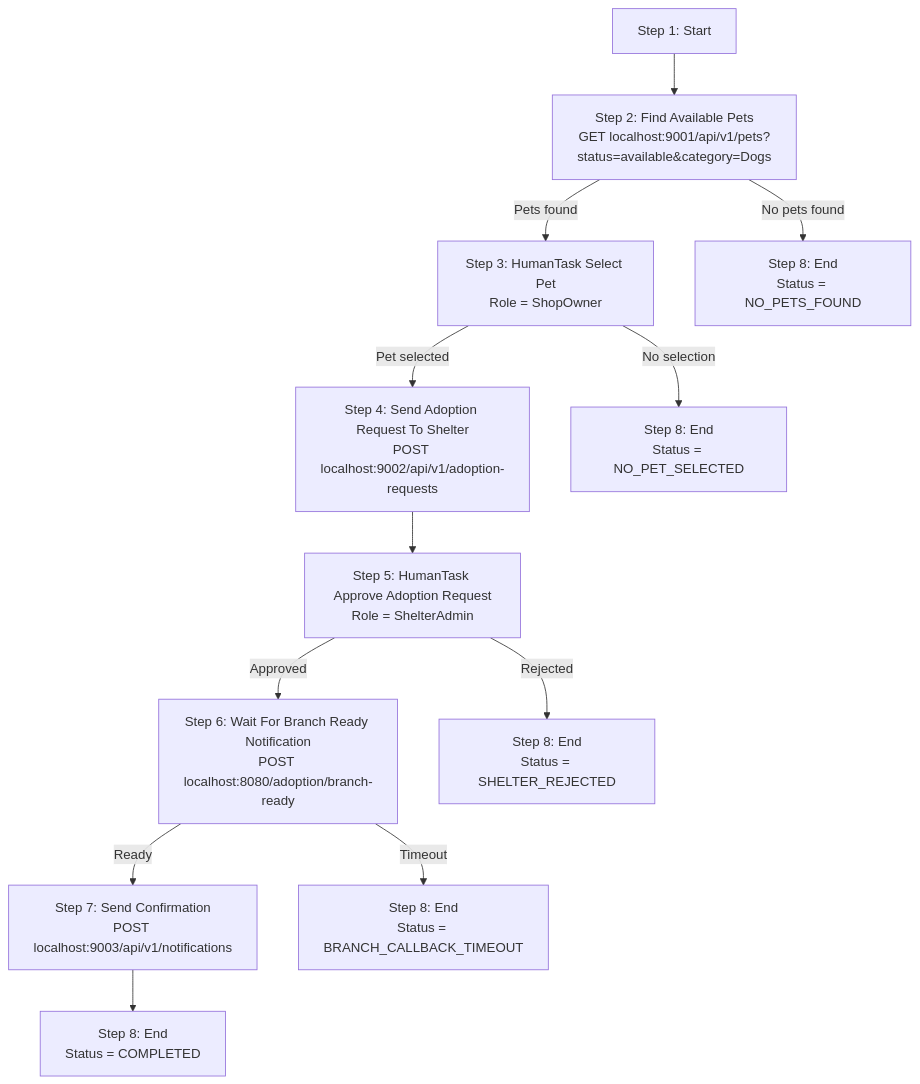
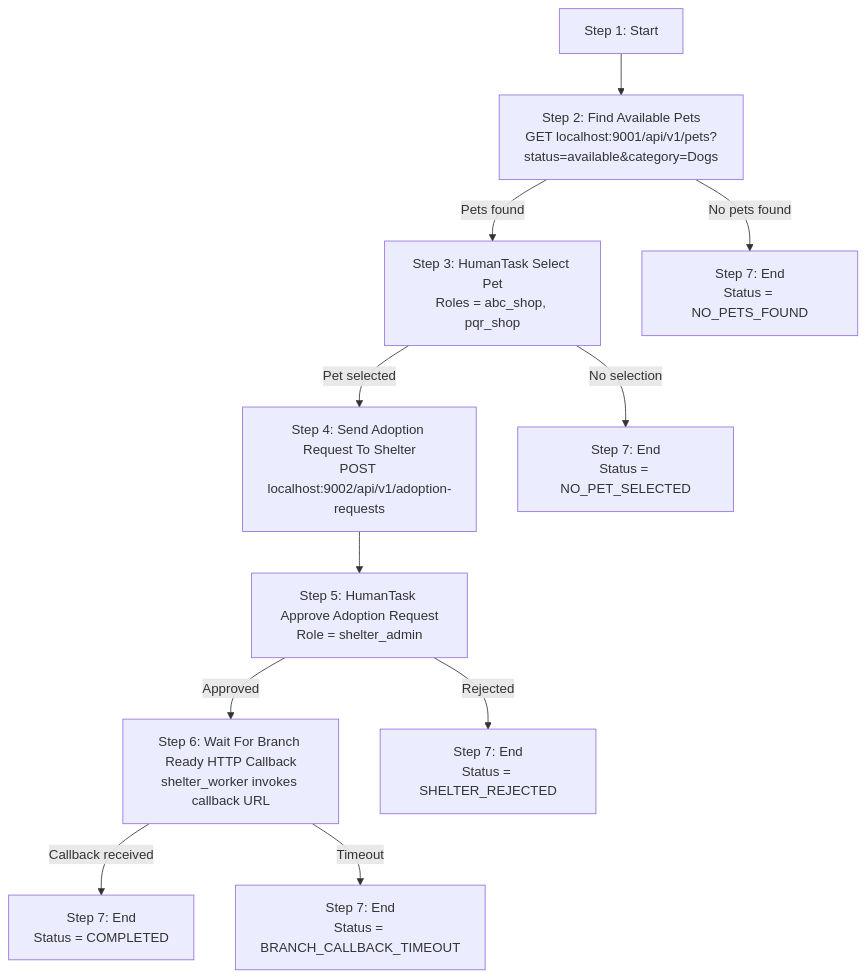
The diagram in README.md (hasithaa/workflow-adopt-pet), drawn with Mermaid before and after one commit. The commit also changed other lines of this file and 27 other files, not shown here.

````diff
--- a/README.md
+++ b/README.md
@@ -25,18 +32,16 @@
 ```mermaid
 flowchart TD
   S[Step 1: Start] --> A[Step 2: Find Available Pets<br/>GET localhost:9001/api/v1/pets?status=available&category=Dogs]
-  A -->|Pets found| B[Step 3: HumanTask Select Pet<br/>Role = ShopOwner]
-  A -->|No pets found| Z1[Step 8: End<br/>Status = NO_PETS_FOUND]
+  A -->|Pets found| B[Step 3: HumanTask Select Pet<br/>Roles = abc_shop, pqr_shop]
+  A -->|No pets found| Z1[Step 7: End<br/>Status = NO_PETS_FOUND]
 
   B -->|Pet selected| C[Step 4: Send Adoption Request To Shelter<br/>POST localhost:9002/api/v1/adoption-requests]
-  B -->|No selection| Z2[Step 8: End<br/>Status = NO_PET_SELECTED]
+  B -->|No selection| Z2[Step 7: End<br/>Status = NO_PET_SELECTED]
 
-  C --> D[Step 5: HumanTask Approve Adoption Request<br/>Role = ShelterAdmin]
-  D -->|Approved| E[Step 6: Wait For Branch Ready Notification<br/>POST localhost:8080/adoption/branch-ready]
-  D -->|Rejected| Z3[Step 8: End<br/>Status = SHELTER_REJECTED]
+  C --> D[Step 5: HumanTask Approve Adoption Request<br/>Role = shelter_admin]
+  D -->|Approved| E[Step 6: Wait For Branch Ready HTTP Callback<br/>shelter_worker invokes callback URL]
+  D -->|Rejected| Z3[Step 7: End<br/>Status = SHELTER_REJECTED]
 
-  E -->|Ready| F[Step 7: Send Confirmation<br/>POST localhost:9003/api/v1/notifications]
-  E -->|Timeout| Z4[Step 8: End<br/>Status = BRANCH_CALLBACK_TIMEOUT]
-
-  F --> G[Step 8: End<br/>Status = COMPLETED]
+  E -->|Callback received| G[Step 7: End<br/>Status = COMPLETED]
+  E -->|Timeout| Z4[Step 7: End<br/>Status = BRANCH_CALLBACK_TIMEOUT]
 ```
````
